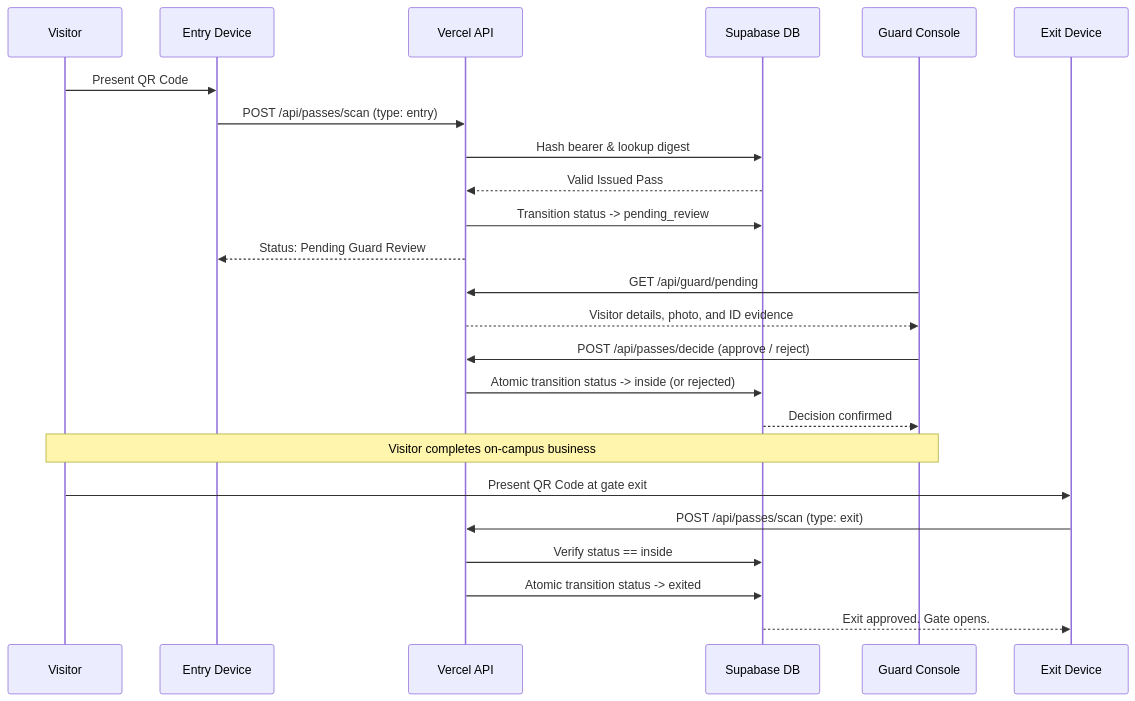
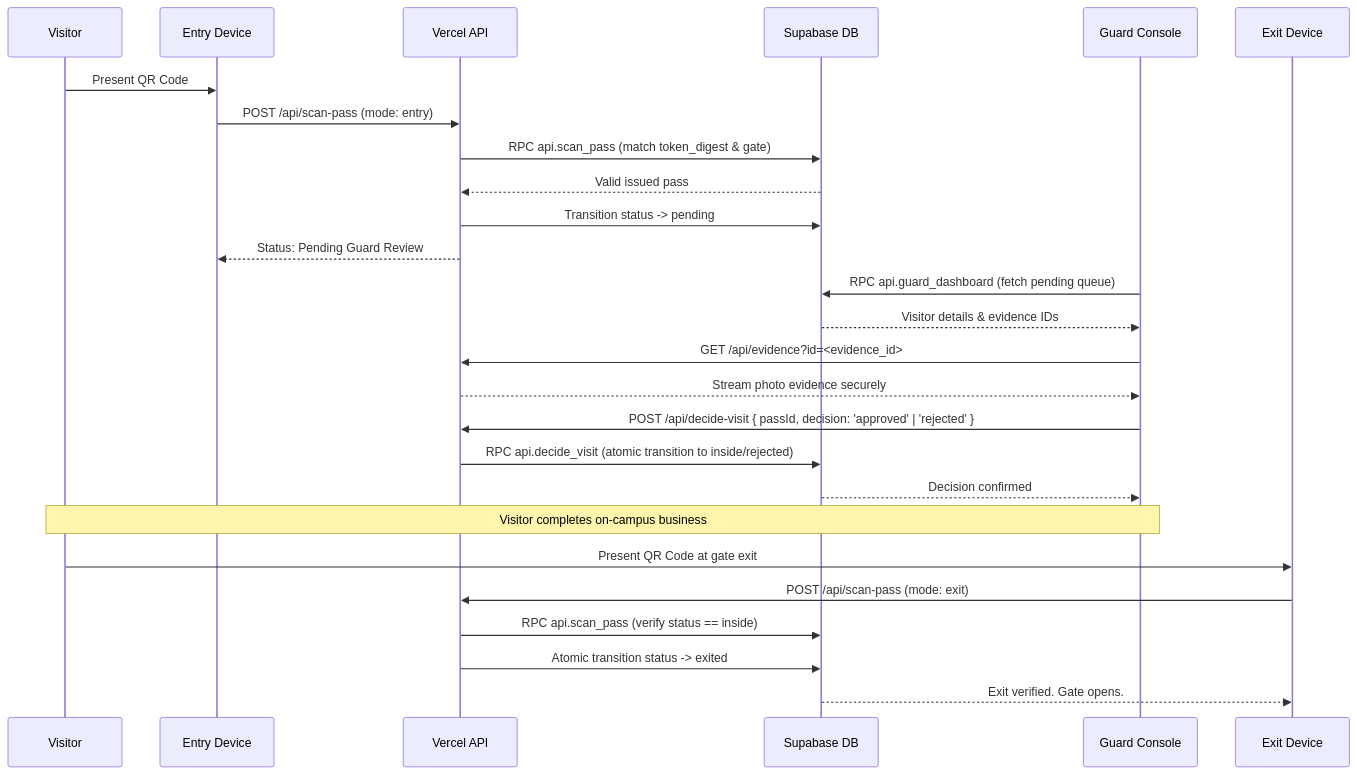
Before and after one commit to jsphhbna/egatepass: the third of 5 diagrams in docs/OPERATIONS.md, drawn with Mermaid. The commit also changed other lines of this file and 13 other files, not shown here.

Commit message:
docs(truthfulness): repair markdown formatting, mermaid blocks, and architectural truthfulness across all active documentation

````diff
--- a/docs/OPERATIONS.md
+++ b/docs/OPERATIONS.md
@@ -79,30 +79,32 @@
 ```mermaid
 sequenceDiagram
     participant V as Visitor
     participant E as Entry Device
     participant API as Vercel API
     participant DB as Supabase DB
     participant G as Guard Console
     participant X as Exit Device
 
     V->>E: Present QR Code
-    E->>API: POST /api/passes/scan (type: entry)
-    API->>DB: Hash bearer & lookup digest
-    DB-->>API: Valid Issued Pass
-    API->>DB: Transition status -> pending_review
+    E->>API: POST /api/scan-pass (mode: entry)
+    API->>DB: RPC api.scan_pass (match token_digest & gate)
+    DB-->>API: Valid issued pass
+    API->>DB: Transition status -> pending
     API-->>E: Status: Pending Guard Review
 
-    G->>API: GET /api/guard/pending
-    API-->>G: Visitor details, photo, and ID evidence
-    G->>API: POST /api/passes/decide (approve / reject)
-    API->>DB: Atomic transition status -> inside (or rejected)
+    G->>DB: RPC api.guard_dashboard (fetch pending queue)
+    DB-->>G: Visitor details & evidence IDs
+    G->>API: GET /api/evidence?id=<evidence_id>
+    API-->>G: Stream photo evidence securely
+    G->>API: POST /api/decide-visit { passId, decision: 'approved' | 'rejected' }
+    API->>DB: RPC api.decide_visit (atomic transition to inside/rejected)
     DB-->>G: Decision confirmed
 
     Note over V,G: Visitor completes on-campus business
 
     V->>X: Present QR Code at gate exit
-    X->>API: POST /api/passes/scan (type: exit)
-    API->>DB: Verify status == inside
+    X->>API: POST /api/scan-pass (mode: exit)
+    API->>DB: RPC api.scan_pass (verify status == inside)
     API->>DB: Atomic transition status -> exited
-    DB-->>X: Exit approved. Gate opens.
+    DB-->>X: Exit verified. Gate opens.
 ```
````
